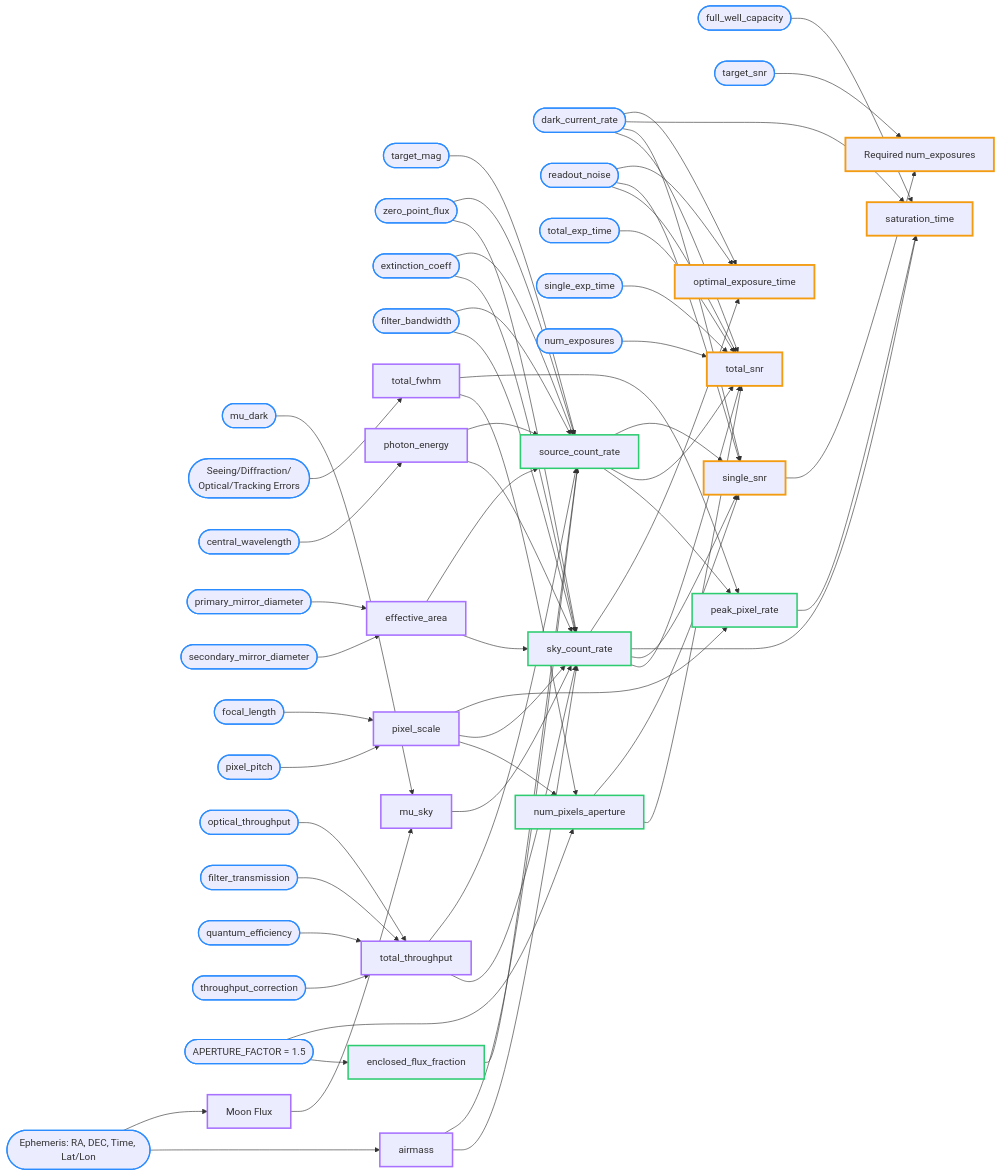
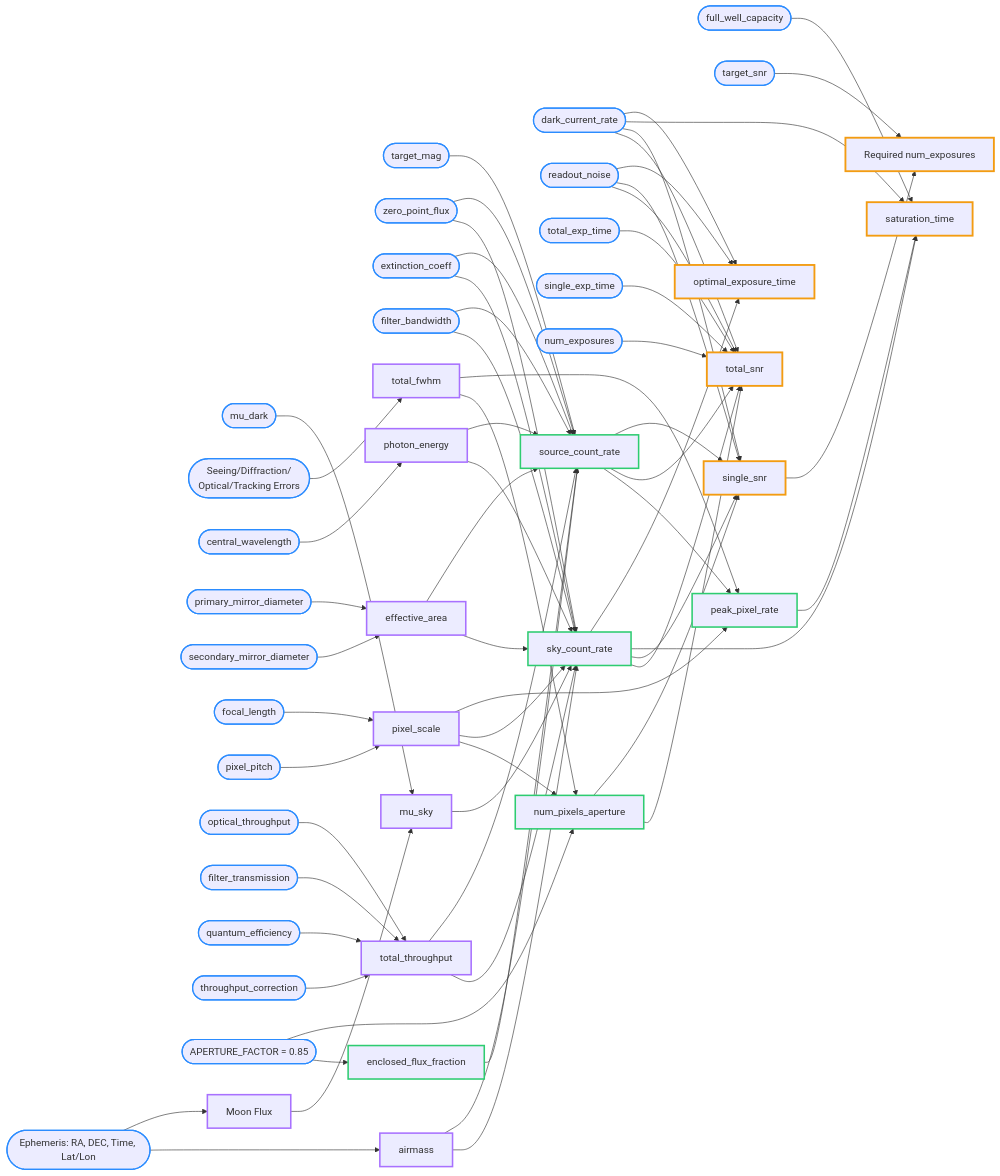
The diagram in docs/ATBD.md (AlexLee24/CASTOR), drawn with Mermaid before and after one commit. The commit also changed other lines of this file and 7 other files, not shown here.

```diff
--- a/docs/ATBD.md
+++ b/docs/ATBD.md
@@ -55,7 +55,7 @@
     FWC([full_well_capacity])
     
     %% Observation Settings
-    kap([APERTURE_FACTOR = 1.5])
+    kap([APERTURE_FACTOR = 0.85])
     t_tot([total_exp_time])
     t_single_in([single_exp_time])
     N_exp_in([num_exposures])
```
